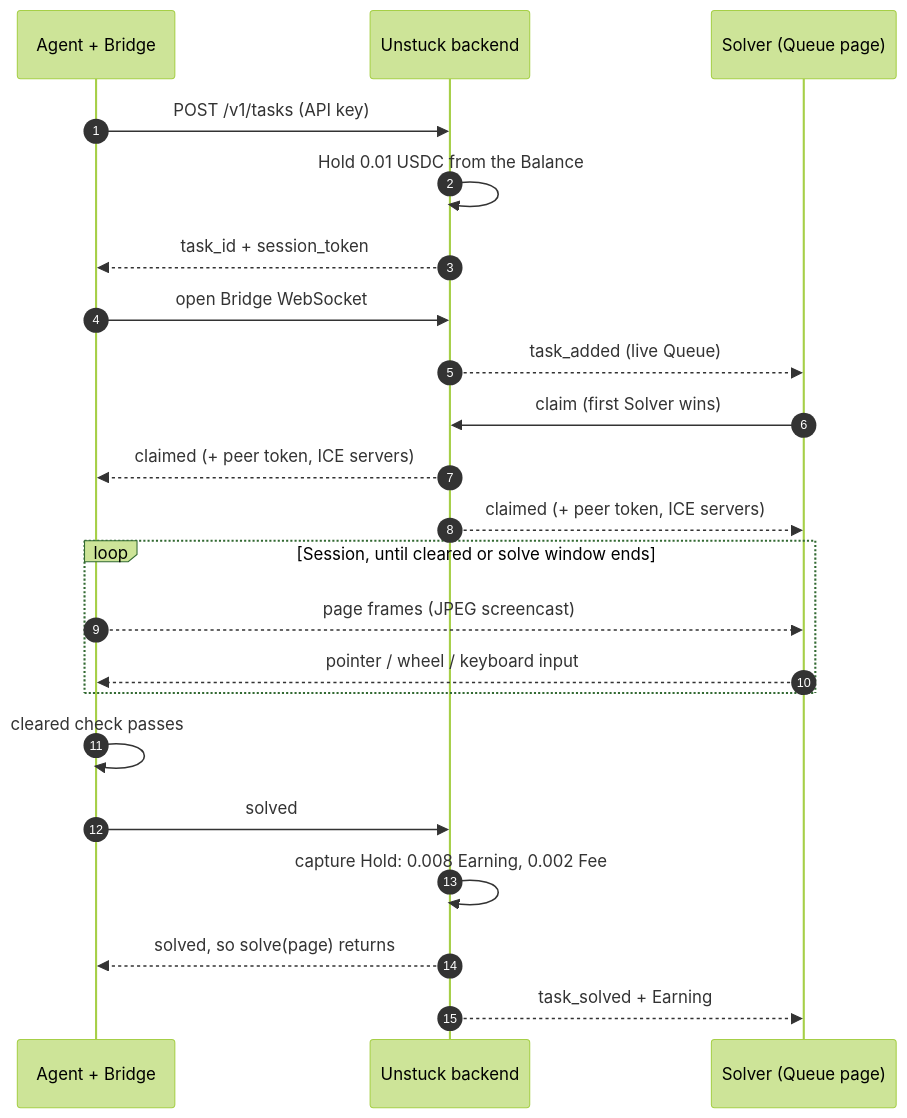
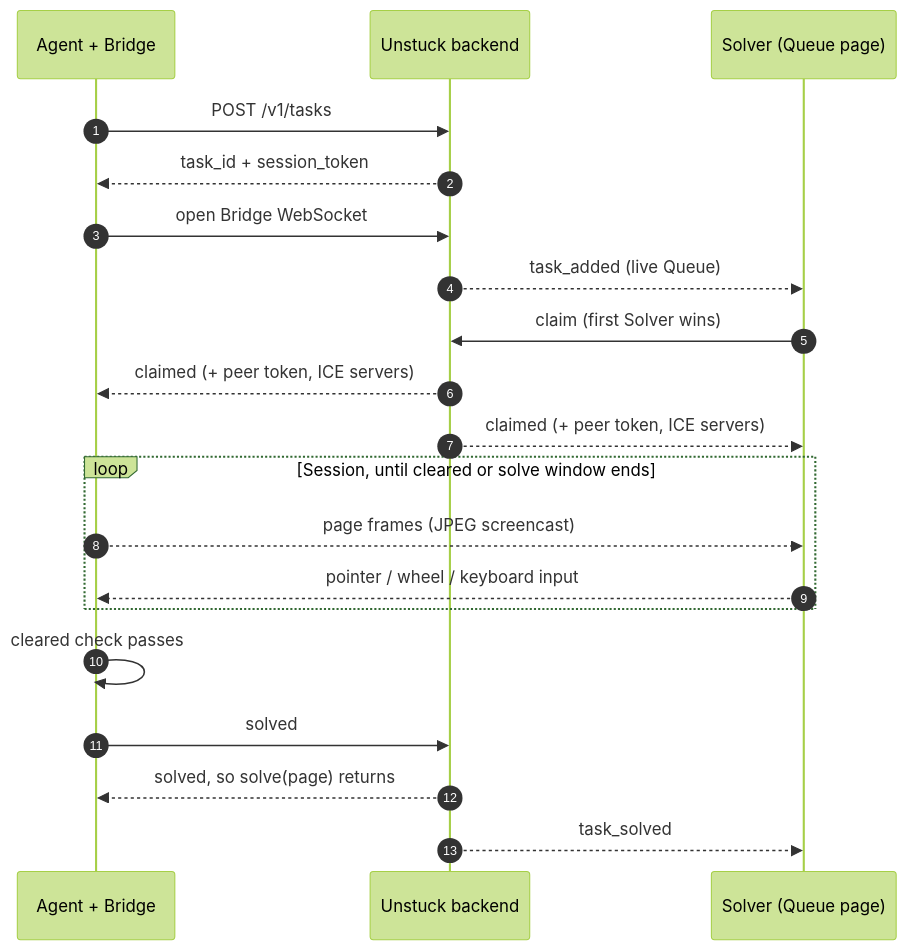
Before and after one commit to yuchia329/unstuck: the first of 5 diagrams in README.md, drawn with Mermaid (forest theme). The commit also changed other lines of this file and 51 other files, not shown here.

````diff
--- a/README.md
+++ b/README.md
@@ -58,25 +56,23 @@
 ```mermaid
 sequenceDiagram
     autonumber
     participant A as Agent + Bridge
     participant B as Unstuck backend
     participant S as Solver (Queue page)
 
-    A->>B: POST /v1/tasks (API key)
-    B->>B: Hold 0.01 USDC from the Balance
+    A->>B: POST /v1/tasks
     B-->>A: task_id + session_token
     A->>B: open Bridge WebSocket
     B-->>S: task_added (live Queue)
     S->>B: claim (first Solver wins)
     B-->>A: claimed (+ peer token, ICE servers)
     B-->>S: claimed (+ peer token, ICE servers)
     loop Session, until cleared or solve window ends
         A-->>S: page frames (JPEG screencast)
         S-->>A: pointer / wheel / keyboard input
     end
     A->>A: cleared check passes
     A->>B: solved
-    B->>B: capture Hold: 0.008 Earning, 0.002 Fee
     B-->>A: solved, so solve(page) returns
-    B-->>S: task_solved + Earning
+    B-->>S: task_solved
 ```
````
